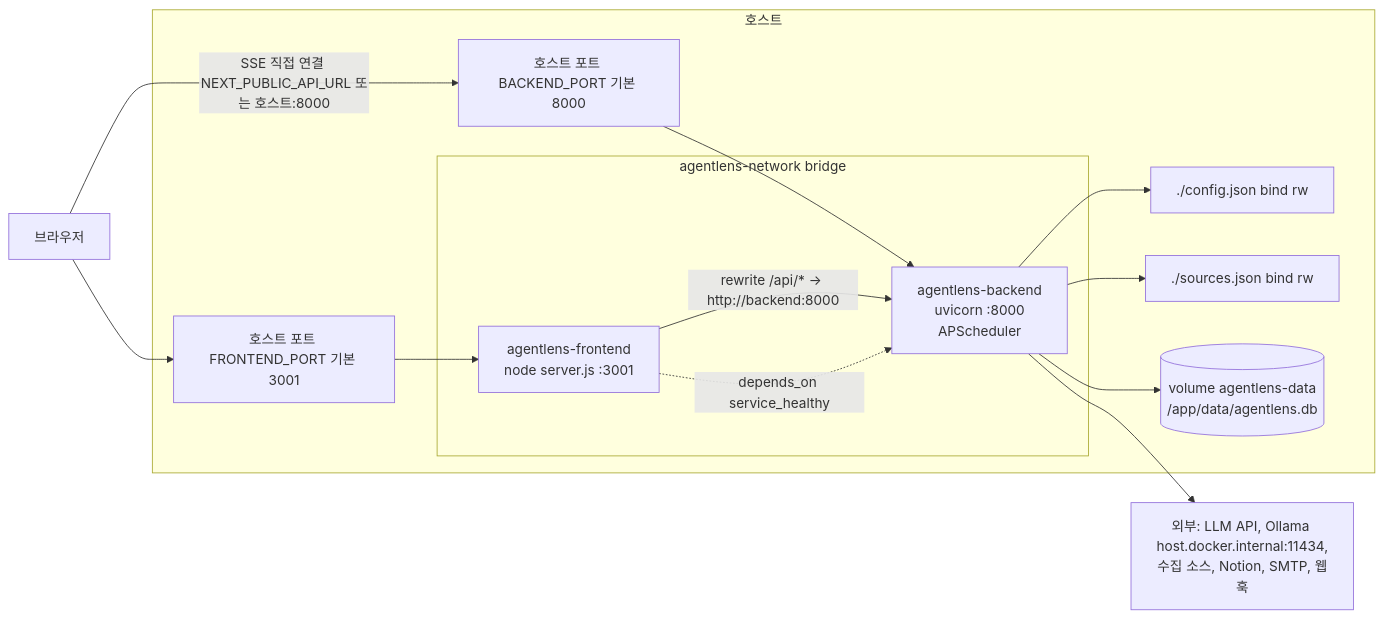
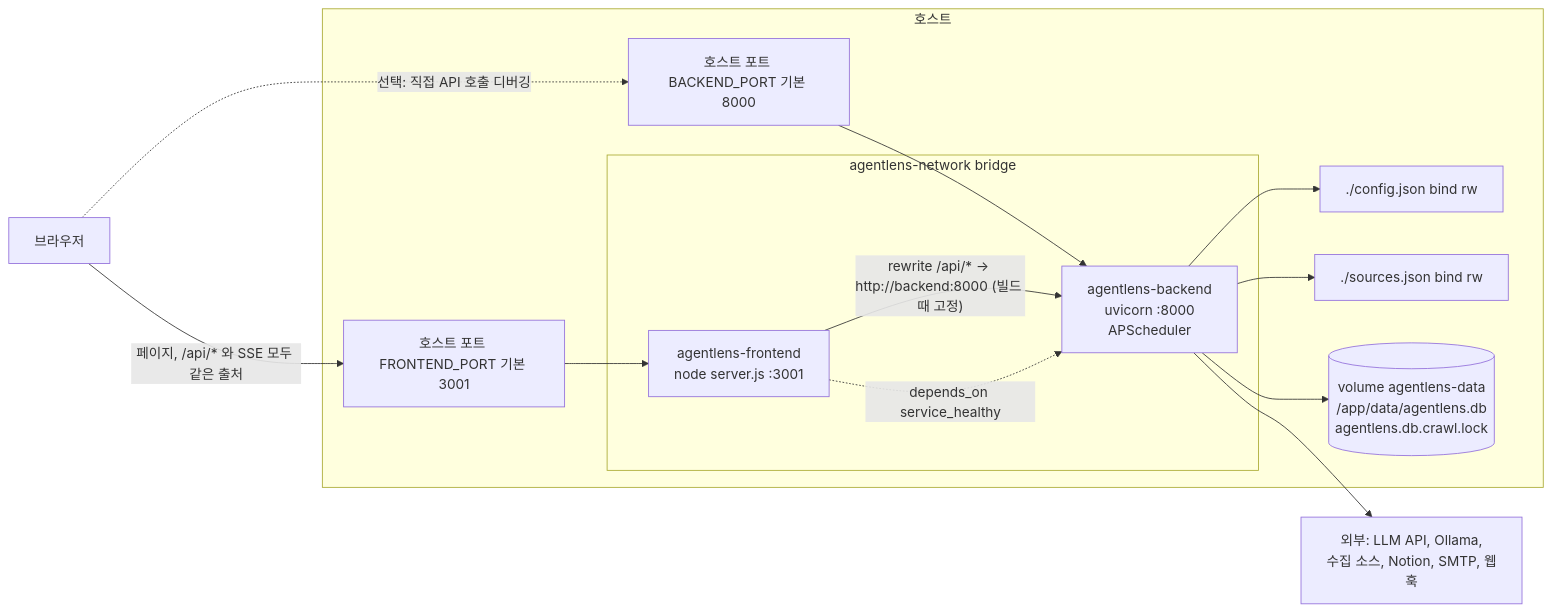
Before and after one commit to ozplayground/agent-lens: the first of 2 diagrams in docs/devops-engineer/01_DEPLOYMENT_SPEC.md, drawn with Mermaid. The commit also changed other lines of this file and 216 other files, not shown here.

````diff
--- a/docs/devops-engineer/01_DEPLOYMENT_SPEC.md
+++ b/docs/devops-engineer/01_DEPLOYMENT_SPEC.md
@@ -34,25 +36,25 @@
 ```mermaid
 flowchart LR
     Browser["브라우저"]
     subgraph Host["호스트"]
         PF["호스트 포트 FRONTEND_PORT 기본 3001"]
         PB["호스트 포트 BACKEND_PORT 기본 8000"]
         CFG["./config.json bind rw"]
         SRC["./sources.json bind rw"]
         subgraph Net["agentlens-network bridge"]
             FE["agentlens-frontend<br/>node server.js :3001"]
             BE["agentlens-backend<br/>uvicorn :8000<br/>APScheduler"]
         end
-        VOL[("volume agentlens-data<br/>/app/data/agentlens.db")]
+        VOL[("volume agentlens-data<br/>/app/data/agentlens.db<br/>agentlens.db.crawl.lock")]
     end
-    EXT["외부: LLM API, Ollama host.docker.internal:11434,<br/>수집 소스, Notion, SMTP, 웹훅"]
+    EXT["외부: LLM API, Ollama,<br/>수집 소스, Notion, SMTP, 웹훅"]
 
-    Browser --> PF --> FE
-    Browser -->|"SSE 직접 연결 NEXT_PUBLIC_API_URL 또는 호스트:8000"| PB --> BE
-    FE -->|"rewrite /api/* → http://backend:8000"| BE
+    Browser -->|"페이지, /api/* 와 SSE 모두 같은 출처"| PF --> FE
+    Browser -.->|"선택: 직접 API 호출 디버깅"| PB --> BE
+    FE -->|"rewrite /api/* → http://backend:8000 (빌드 때 고정)"| BE
     FE -.->|"depends_on service_healthy"| BE
     BE --> VOL
     BE --> CFG
     BE --> SRC
     BE --> EXT
 ```
````
